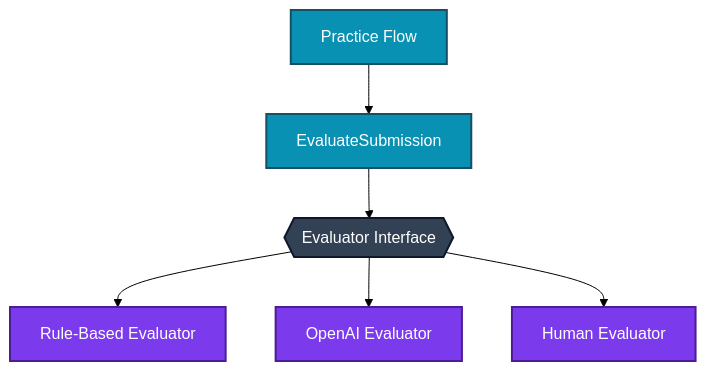
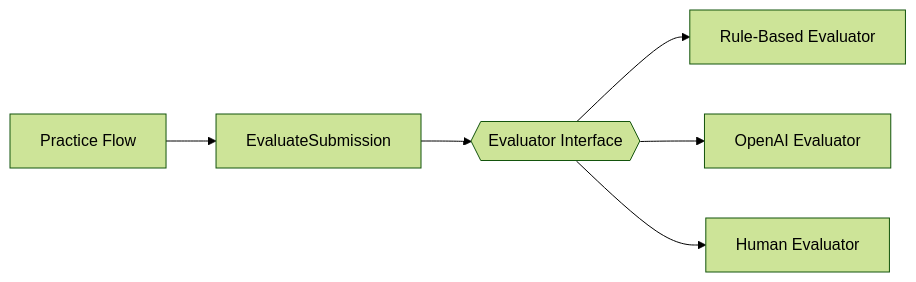
The seventh of 7 diagrams in README.md (shaurya-sehgal5/LLD), drawn with Mermaid (forest theme) before and after one commit. The commit also changed other lines of this file, not shown here.

````diff
--- a/README.md
+++ b/README.md
@@ -652,16 +590,8 @@
 ```mermaid
-flowchart TD
+flowchart LR
     P[Practice Flow] --> E[EvaluateSubmission]
     E --> I{{Evaluator Interface}}
     I --> R[Rule-Based Evaluator]
     I --> O[OpenAI Evaluator]
     I --> H[Human Evaluator]
-
-    classDef flow fill:#0891b2,stroke:#164e63,color:#fff,stroke-width:2px
-    classDef iface fill:#334155,stroke:#0f172a,color:#fff,stroke-width:2px
-    classDef impl fill:#7c3aed,stroke:#4c1d95,color:#fff,stroke-width:2px
-
-    class P,E flow
-    class I iface
-    class R,O,H impl
 ```
````
